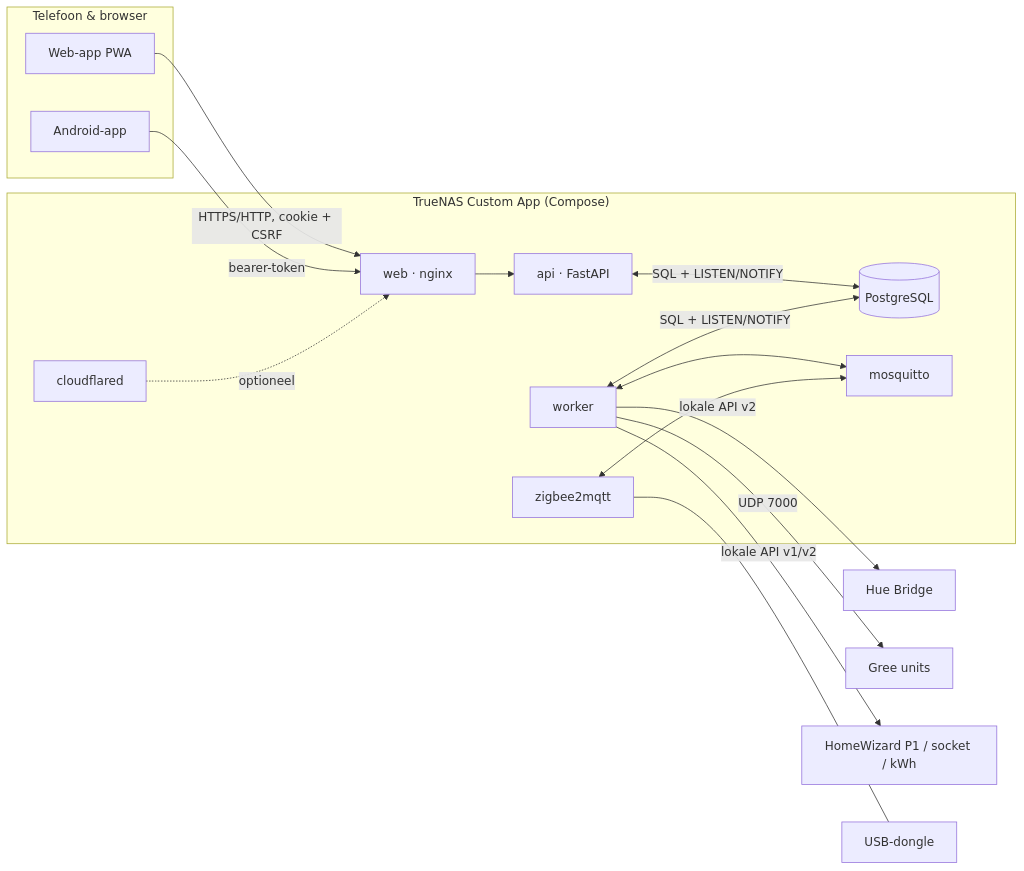
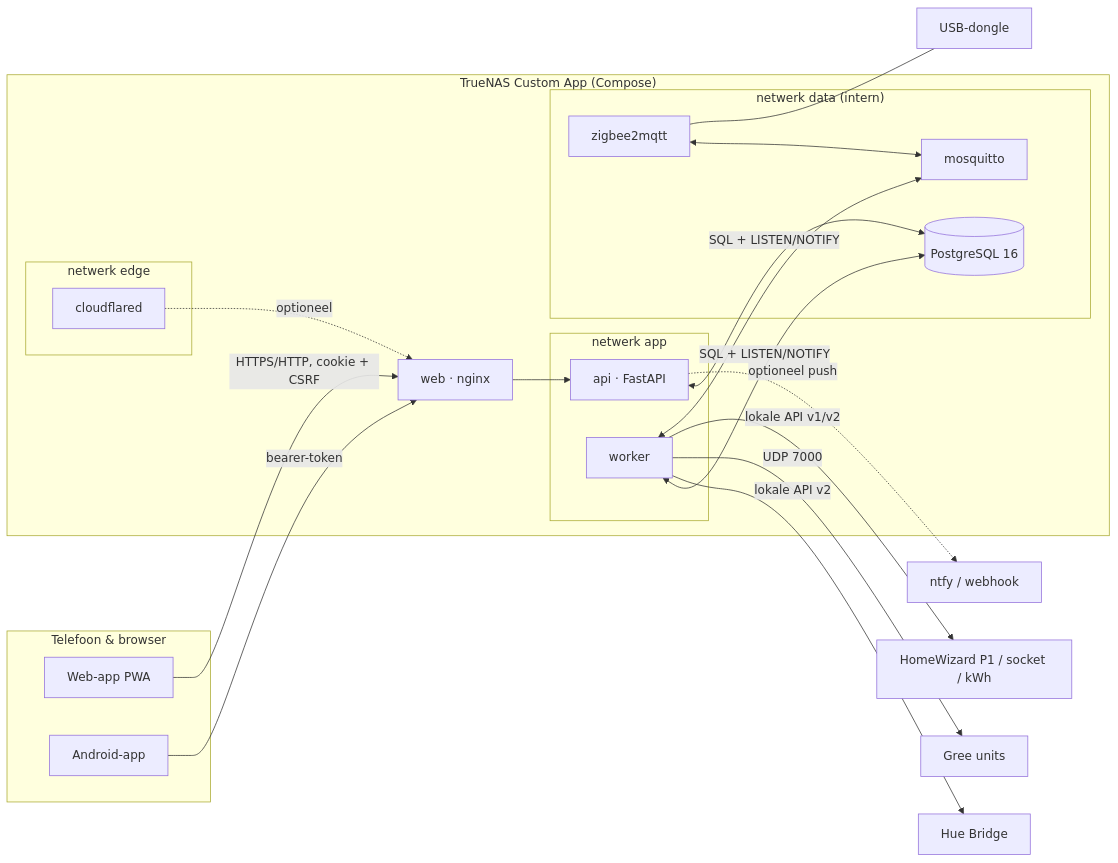
One commit to lvos04/my_house changed the diagram in docs/architectuur.md. Above: the diagram before and after it, drawn with Mermaid. The commit also changed other lines of this file and 126 other files, not shown here.

````diff
--- a/docs/architectuur.md
+++ b/docs/architectuur.md
@@ -3,28 +3,35 @@
 ```mermaid
 flowchart LR
   subgraph Telefoon & browser
     W[Web-app PWA]
     A[Android-app]
   end
   subgraph Stack["TrueNAS Custom App (Compose)"]
+    subgraph edge["netwerk edge"]
+      CF[cloudflared]
+    end
     N[web · nginx]
-    API[api · FastAPI]
-    WK[worker]
-    DB[(PostgreSQL)]
-    MQ[mosquitto]
-    Z[zigbee2mqtt]
-    CF[cloudflared]
+    subgraph app["netwerk app"]
+      API[api · FastAPI]
+      WK[worker]
+    end
+    subgraph data["netwerk data (intern)"]
+      DB[(PostgreSQL 16)]
+      MQ[mosquitto]
+      Z[zigbee2mqtt]
+    end
   end
   W -->|HTTPS/HTTP, cookie + CSRF| N
   A -->|bearer-token| N
   CF -.->|optioneel| N
   N --> API
   API <-->|SQL + LISTEN/NOTIFY| DB
   WK <-->|SQL + LISTEN/NOTIFY| DB
   WK -->|lokale API v2| HUE[Hue Bridge]
   WK -->|UDP 7000| GREE[Gree units]
   WK -->|lokale API v1/v2| HW[HomeWizard P1 / socket / kWh]
   WK <--> MQ
   Z <--> MQ
   Z --- USB[USB-dongle]
+  API -.->|optioneel push| NTFY[ntfy / webhook]
 ```
````
